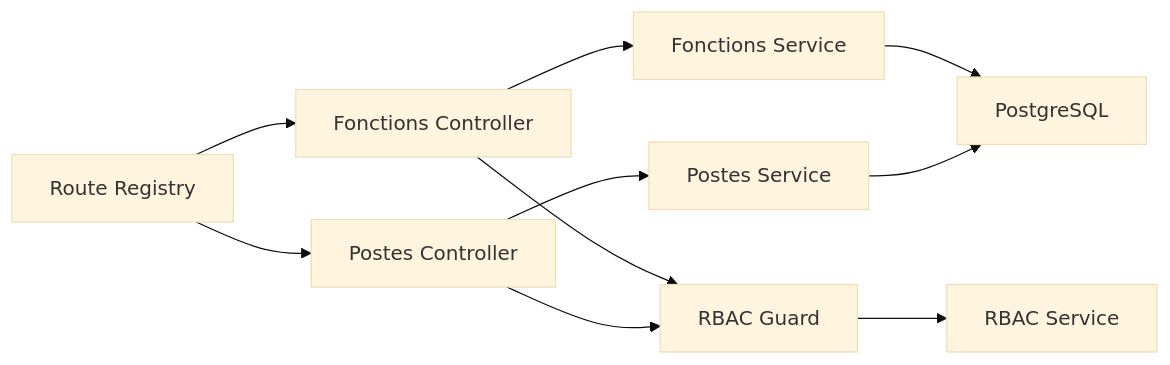
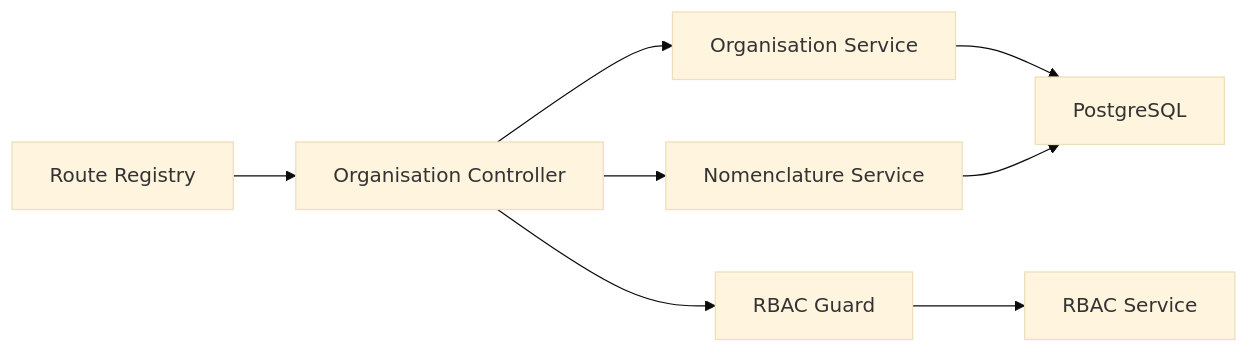
One commit to franckylab/eLISAschool changed the seventh of 7 diagrams in .qoder/repowiki/en/content/Human Resources Management/Personnel Administration/Organizational Structure.md. Above: the diagram before and after it, drawn with Mermaid (base theme). The commit also changed other lines of this file and 35 other files, not shown here.

First line of the commit message:
refactor(configuration): redistribuer la gestion de la configuration vers architecture distribuée

````diff
--- a/.qoder/repowiki/en/content/Human Resources Management/Personnel Administration/Organizational Structure.md
+++ b/.qoder/repowiki/en/content/Human Resources Management/Personnel Administration/Organizational Structure.md
@@ -287,12 +301,10 @@
 ```mermaid
 graph LR
-Route["Route Registry"] --> FonCtrl["Fonctions Controller"]
-Route --> PostCtrl["Postes Controller"]
-FonCtrl --> FonSvc["Fonctions Service"]
-PostCtrl --> PostSvc["Postes Service"]
-FonSvc --> DB["PostgreSQL"]
-PostSvc --> DB
-FonCtrl --> RbacGuard["RBAC Guard"]
-PostCtrl --> RbacGuard
+Route["Route Registry"] --> OrgCtrl["Organisation Controller"]
+OrgCtrl --> OrgSvc["Organisation Service"]
+OrgCtrl --> NomenclatureSvc["Nomenclature Service"]
+OrgSvc --> DB["PostgreSQL"]
+NomenclatureSvc --> DB
+OrgCtrl --> RbacGuard["RBAC Guard"]
 RbacGuard --> RbacSvc["RBAC Service"]
 ```
````
